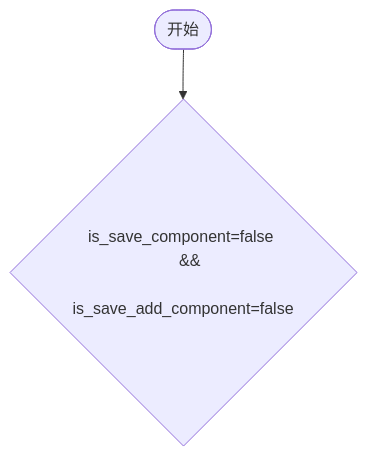
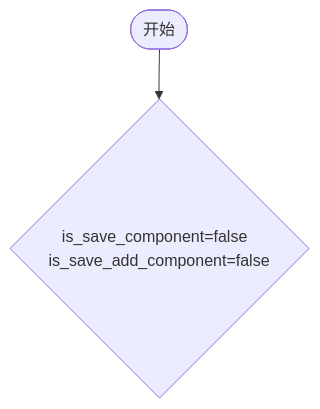
One commit to yingjianzh/iodraw-files changed the diagram in all/未命名-7.md. Above: the diagram before and after it, drawn with Mermaid.

Commit message:
2024-10-12 13:47:52 update

````diff
--- a/all/未命名-7.md
+++ b/all/未命名-7.md
@@ -1,8 +1,6 @@
 ```mermaid
 flowchart TD
-    A([开始]) --> B{is_save_component=false 
-    && 
-    is_save_add_component=false}
+    A([开始]) --> B{is_save_component=false  is_save_add_component=false}
     
 
 ```
````
